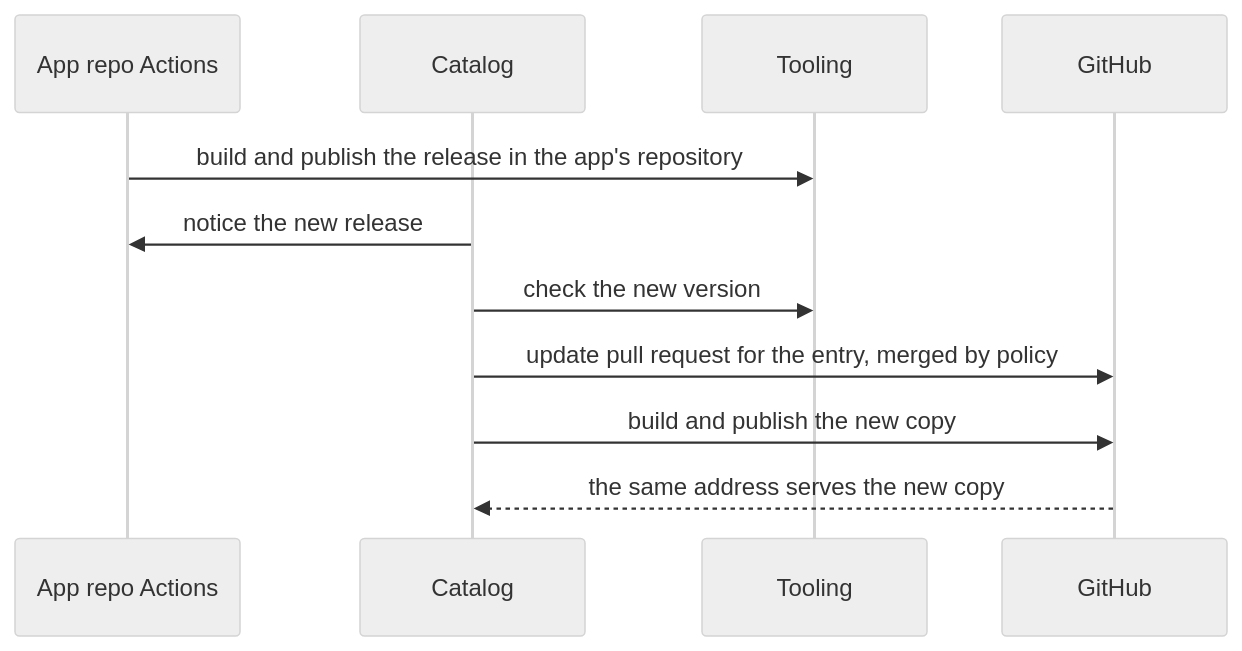
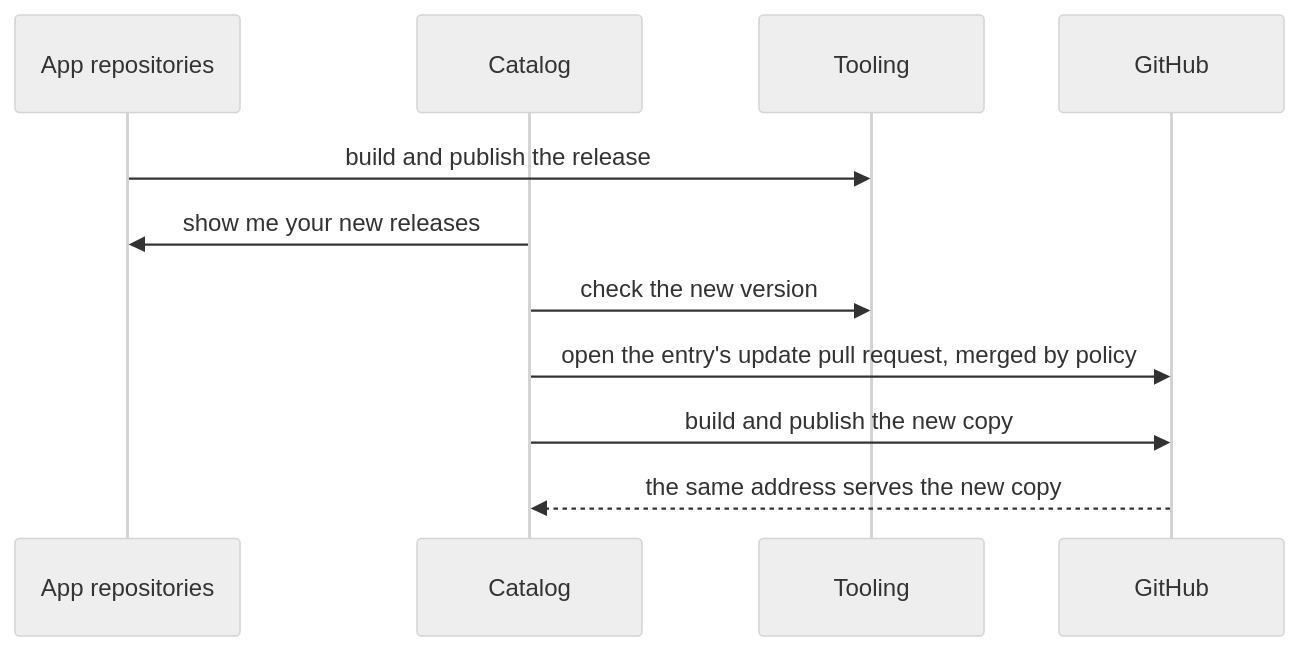
The fourth of 6 diagrams in docs/arc42/06-runtime-view.arc42.md (lernapps/docs), drawn with Mermaid (neutral theme) before and after one commit. The commit also changed other lines of this file and 33 other files, not shown here.

First line of the commit message:
feat(docs): the start page is an overview of the target state, generated from platform design and architecture (#50)

````diff
--- a/docs/arc42/06-runtime-view.arc42.md
+++ b/docs/arc42/06-runtime-view.arc42.md
@@ -161,13 +192,13 @@
 ```mermaid
 sequenceDiagram
-    participant appactions as App repo Actions
+    participant appactions as App repositories
     participant catalog as Catalog
     participant tooling as Tooling
     participant github as GitHub
-    appactions->>tooling: build and publish the release in the app's repository
-    catalog->>appactions: notice the new release
+    appactions->>tooling: build and publish the release
+    catalog->>appactions: show me your new releases
     catalog->>tooling: check the new version
-    catalog->>github: update pull request for the entry, merged by policy
+    catalog->>github: open the entry's update pull request, merged by policy
     catalog->>github: build and publish the new copy
     github-->>catalog: the same address serves the new copy
 ```
````
